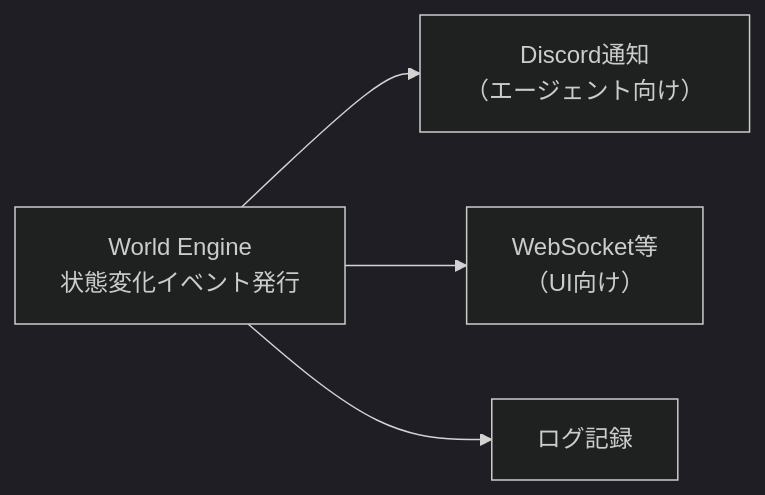
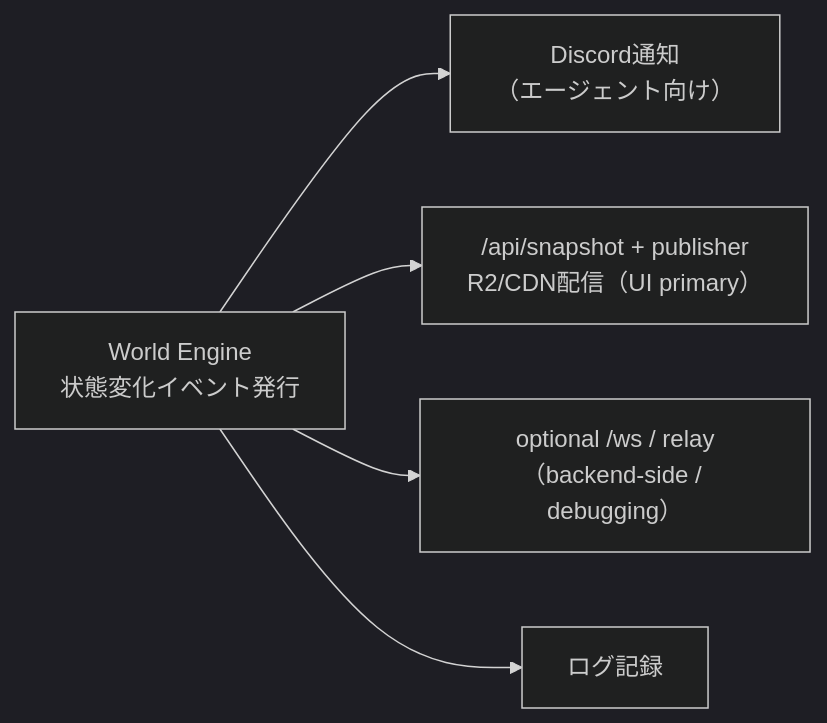
The sixth of 6 diagrams in docs/design/world-system.md (KarakuriAgent/karakuri-world), drawn with Mermaid (dark theme) before and after one commit. The commit also changed other lines of this file and 127 other files, not shown here.

````diff
--- a/docs/design/world-system.md
+++ b/docs/design/world-system.md
@@ -286,6 +286,7 @@
 ```mermaid
 graph LR
     WE["World Engine<br/>状態変化イベント発行"] --> DC["Discord通知<br/>（エージェント向け）"]
-    WE --> WS["WebSocket等<br/>（UI向け）"]
+    WE --> SNAP["/api/snapshot + publisher<br/>R2/CDN配信（UI primary）"]
+    WE --> WS["optional /ws / relay<br/>（backend-side / debugging）"]
     WE --> LOG["ログ記録"]
 ```
````
